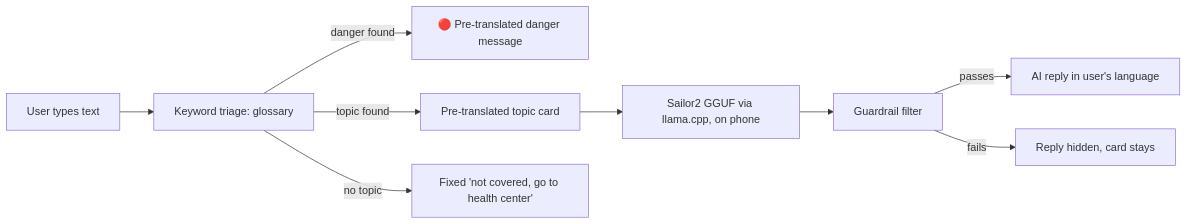
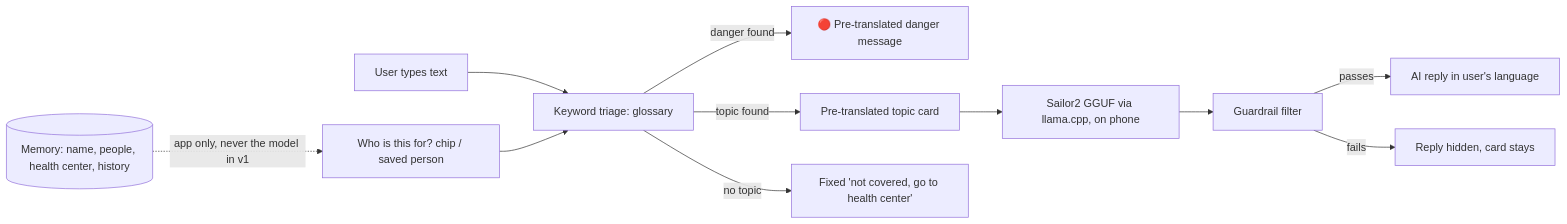
Before and after one commit to garyreyes/App-Builders-Hackathon: the diagram in docs/ARCHITECTURE.md, drawn with Mermaid. The commit also changed other lines of this file and 5 other files, not shown here.

First line of the commit message:
docs: add Health Library, patient context, and opt-in memory design

````diff
--- a/docs/ARCHITECTURE.md
+++ b/docs/ARCHITECTURE.md
@@ -19,11 +21,13 @@
 ```mermaid
 flowchart LR
     U[User types text] --> K[Keyword triage: glossary]
+    P[Who is this for? chip / saved person] --> K
+    M[(Memory: name, people, health center, history)] -.->|app only, never the model in v1| P
     K -->|danger found| D[🔴 Pre-translated danger message]
     K -->|topic found| C[Pre-translated topic card]
     K -->|no topic| N[Fixed 'not covered, go to health center']
     C --> L[Sailor2 GGUF via llama.cpp, on phone]
     L --> G[Guardrail filter]
     G -->|passes| R[AI reply in user's language]
     G -->|fails| X[Reply hidden, card stays]
 ```
````
